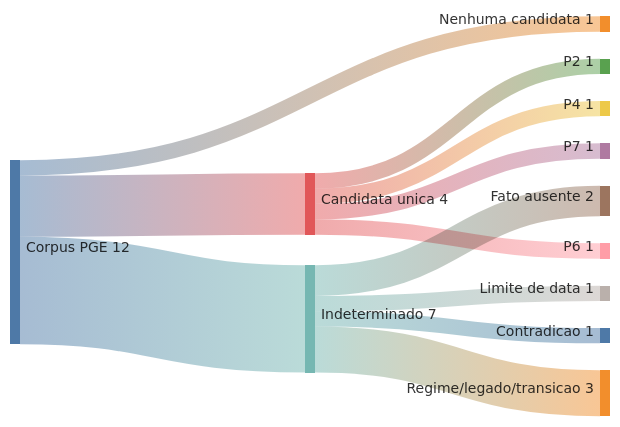
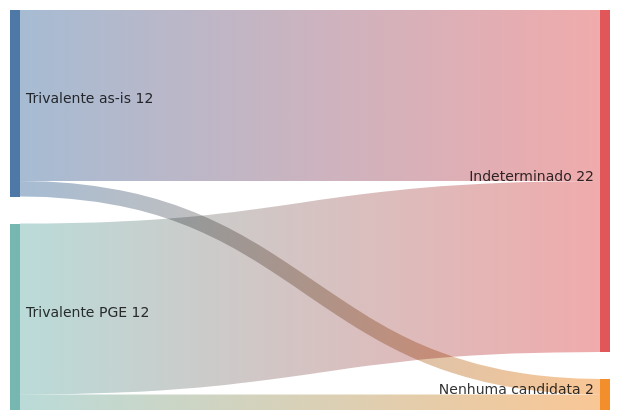
One commit to franklinbaldo/sisprev changed the second of 3 diagrams in docs/analysis/piloto-selecao-invalidez-incapacidade.md. Above: the diagram before and after it, drawn with Mermaid. The commit also changed other lines of this file and 1 other file, not shown here.

````diff
--- a/docs/analysis/piloto-selecao-invalidez-incapacidade.md
+++ b/docs/analysis/piloto-selecao-invalidez-incapacidade.md
@@ -84,14 +108,7 @@
 ```mermaid
 sankey-beta
-Corpus PGE,Nenhuma candidata,1
-Corpus PGE,Candidata unica,4
-Corpus PGE,Indeterminado,7
-Candidata unica,P2,1
-Candidata unica,P4,1
-Candidata unica,P7,1
-Candidata unica,P6,1
-Indeterminado,Fato ausente,2
-Indeterminado,Limite de data,1
-Indeterminado,Contradicao,1
-Indeterminado,Regime/legado/transicao,3
+Trivalente as-is,Nenhuma candidata,1
+Trivalente as-is,Indeterminado,11
+Trivalente PGE,Nenhuma candidata,1
+Trivalente PGE,Indeterminado,11
 ```
````
